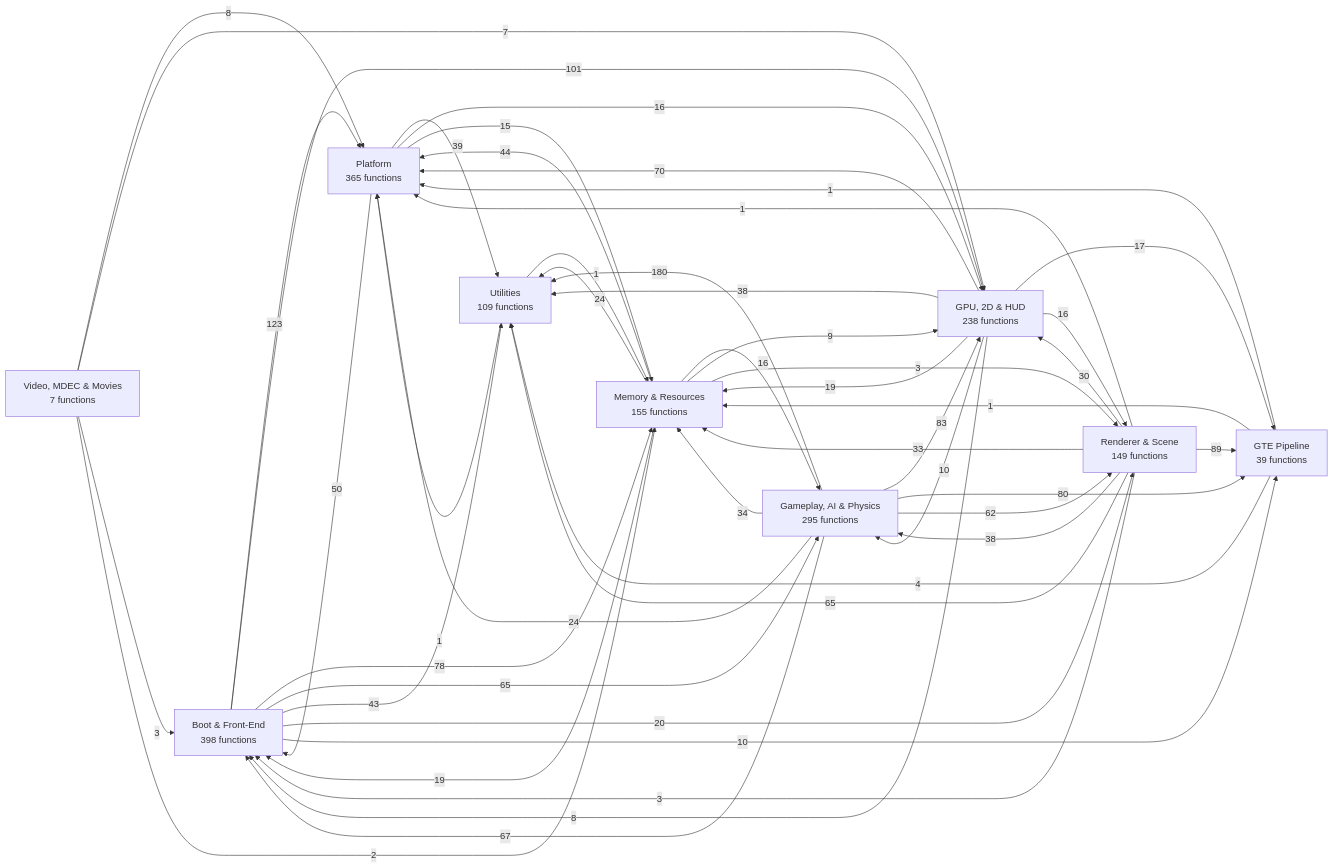
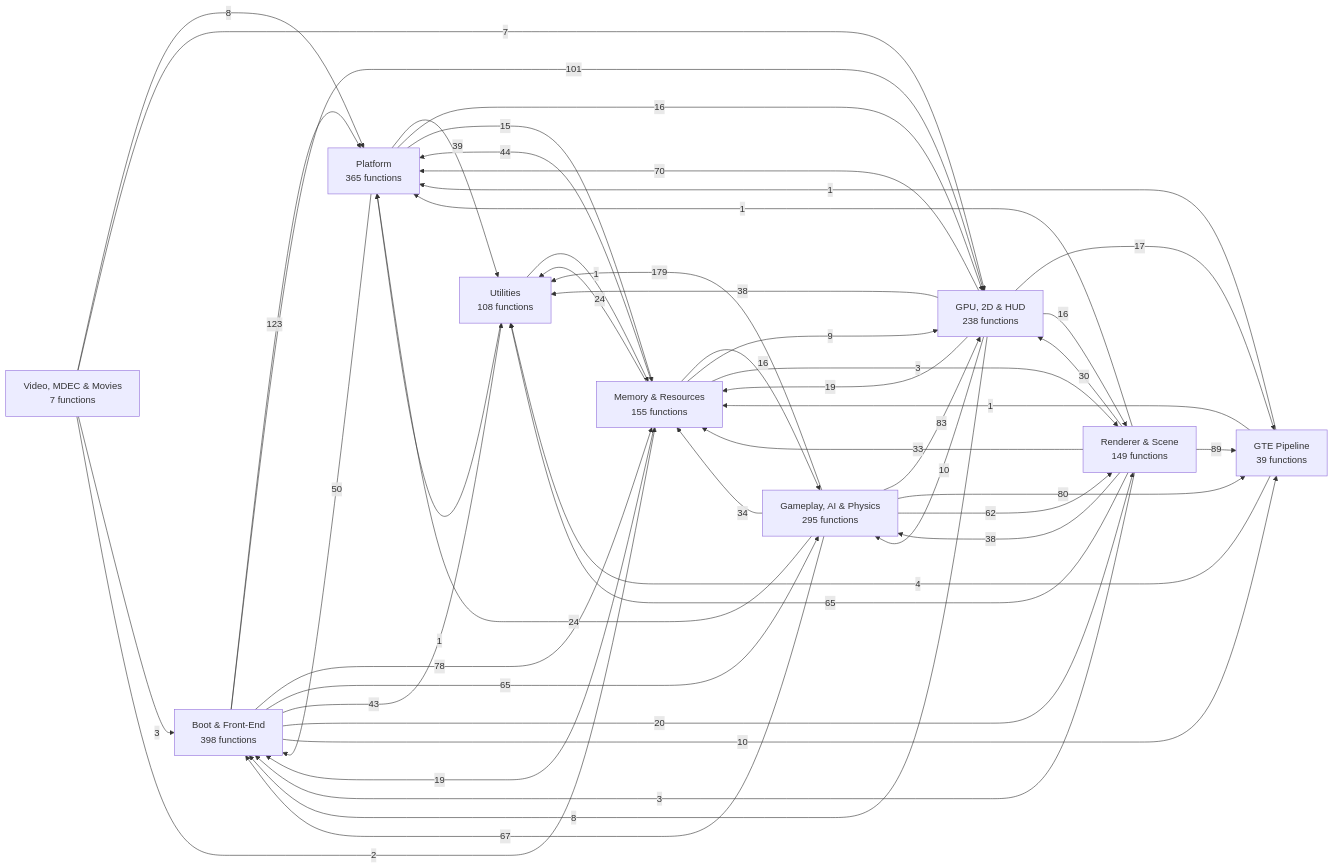
The first of 11 diagrams in docs/FUNCTION_MAP.md (kai-luni/Future-Cop-L.A.P.D-PS1), drawn with Mermaid before and after one commit. The commit also changed other lines of this file and 324 other files, not shown here.

````diff
--- a/docs/FUNCTION_MAP.md
+++ b/docs/FUNCTION_MAP.md
@@ -13,59 +13,59 @@
 ```mermaid
 graph LR
     g0["Boot & Front-End<br/>398 functions"]
     g1["Memory & Resources<br/>155 functions"]
     g2["Video, MDEC & Movies<br/>7 functions"]
     g3["GTE Pipeline<br/>39 functions"]
     g4["Renderer & Scene<br/>149 functions"]
     g5["GPU, 2D & HUD<br/>238 functions"]
     g6["Gameplay, AI & Physics<br/>295 functions"]
     g7["Platform<br/>365 functions"]
-    g8["Utilities<br/>109 functions"]
-    g6 -->|180| g8
+    g8["Utilities<br/>108 functions"]
+    g6 -->|179| g8
     g0 -->|123| g7
     g0 -->|101| g5
     g4 -->|89| g3
     g6 -->|83| g5
     g6 -->|80| g3
     g0 -->|78| g1
     g5 -->|70| g7
     g6 -->|67| g0
     g0 -->|65| g6
     g4 -->|65| g8
     g6 -->|62| g4
     g7 -->|50| g0
     g1 -->|44| g7
     g0 -->|43| g8
     g7 -->|39| g8
     g5 -->|38| g8
     g4 -->|38| g6
     g6 -->|34| g1
     g4 -->|33| g1
     g4 -->|30| g5
     g6 -->|24| g7
     g1 -->|24| g8
     g0 -->|20| g4
     g5 -->|19| g1
     g1 -->|19| g0
     g5 -->|17| g3
     g5 -->|16| g4
     g1 -->|16| g6
     g7 -->|16| g5
     g7 -->|15| g1
     g0 -->|10| g3
     g5 -->|10| g6
     g1 -->|9| g5
     g5 -->|8| g0
     g2 -->|8| g7
     g2 -->|7| g5
     g3 -->|4| g8
     g1 -->|3| g4
     g4 -->|3| g0
     g2 -->|3| g0
     g2 -->|2| g1
     g3 -->|1| g1
     g3 -->|1| g7
     g4 -->|1| g7
     g8 -->|1| g1
     g8 -->|1| g7
 ```
````
